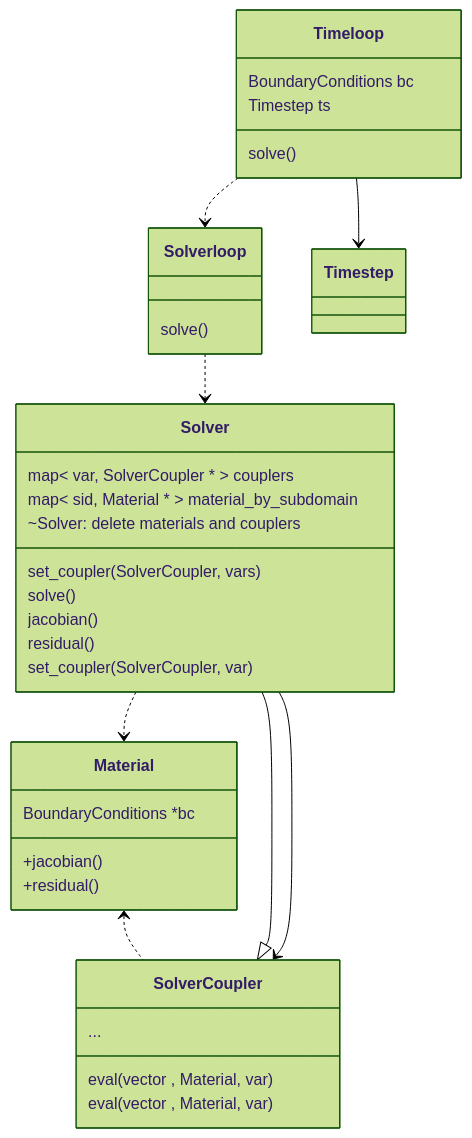
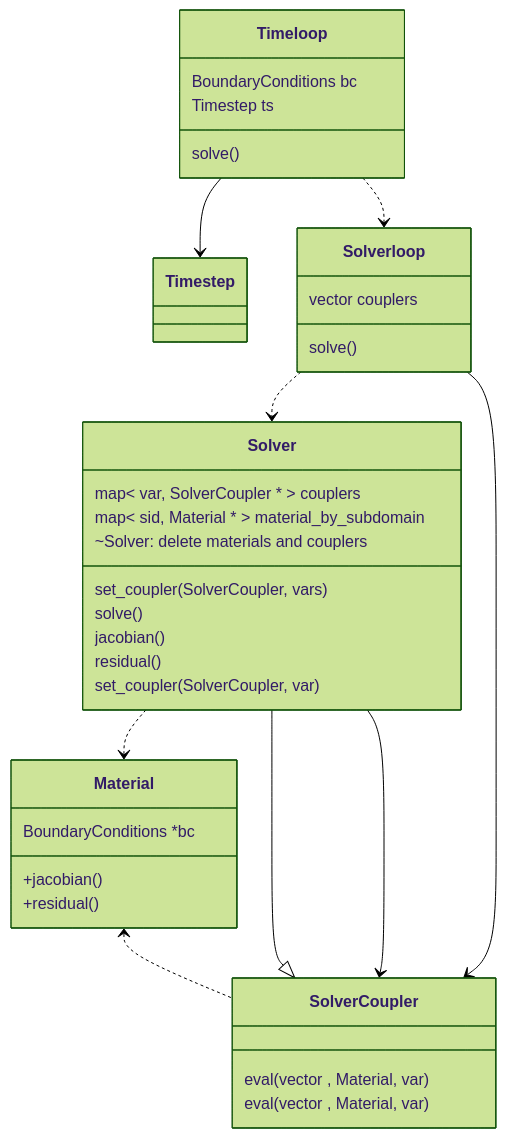
The first of 2 diagrams in doc/Description.md (rebpoli/harpy), drawn with Mermaid (forest theme) before and after one commit.

````diff
--- a/doc/Description.md
+++ b/doc/Description.md
@@ -20,46 +20,47 @@
 ```mermaid
 %% Interfaces, abstract classes
 classDiagram
     class Timeloop { 
         BoundaryConditions bc
         Timestep ts
         solve()
     }
 
     class Solverloop {
+        vector<SolverCoupler *> couplers
         solve()
     }
 
     class SolverCoupler {
         eval( vector<double> , Material, var )
         eval( vector<Point>  , Material, var )
-        ...
     }
 
     class Solver {
         map< var, SolverCoupler * > couplers
         map< sid, Material * > material_by_subdomain
         ~Solver: delete materials and couplers
         set_coupler(SolverCoupler, vars)
         solve()
         jacobian()
         residual()
         set_coupler( SolverCoupler, var )
     }
 
 
     class Material {
         BoundaryConditions *bc
         +jacobian()
         +residual()
     }
 
     SolverCoupler <|-- Solver
     Material <.. SolverCoupler
     SolverCoupler <-- Solver
     Timeloop --> Timestep
     Timeloop ..> Solverloop
     Solverloop ..> Solver
+    Solverloop --> SolverCoupler
     Solver..> Material
 
 ```
````
